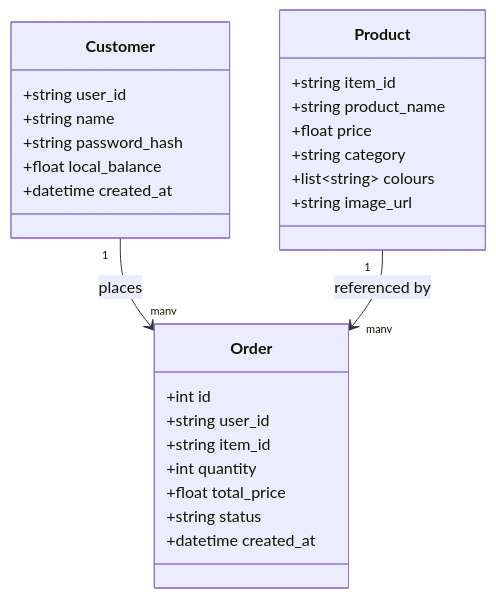
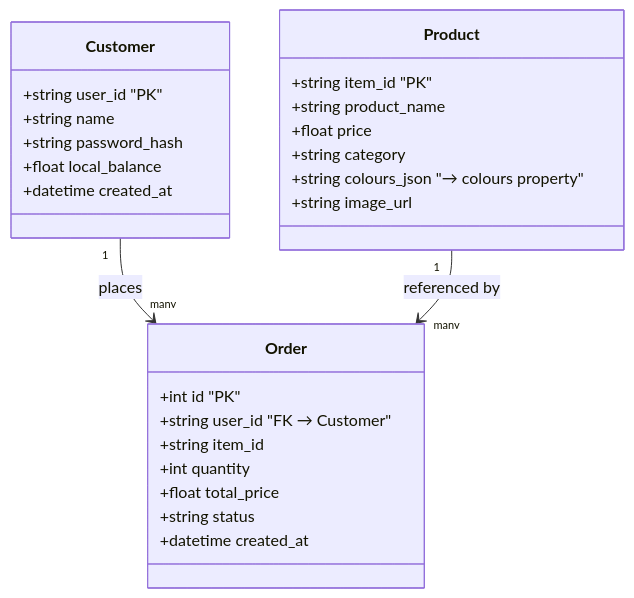
The first of 2 diagrams in architecture.md (wilson21st/furniture-buyer-app), drawn with Mermaid before and after one commit. The commit also changed other lines of this file and 43 other files, not shown here.

````diff
--- a/architecture.md
+++ b/architecture.md
@@ -15,29 +18,29 @@
 ```mermaid
 classDiagram
     class Customer {
-        +string user_id
+        +string user_id  "PK"
         +string name
         +string password_hash
         +float local_balance
         +datetime created_at
     }
     class Product {
-        +string item_id
+        +string item_id  "PK"
         +string product_name
         +float price
         +string category
-        +list~string~ colours
+        +string colours_json  "→ colours property"
         +string image_url
     }
     class Order {
-        +int id
-        +string user_id
+        +int id  "PK"
+        +string user_id  "FK → Customer"
         +string item_id
         +int quantity
         +float total_price
         +string status
         +datetime created_at
     }
     Customer "1" --> "many" Order : places
     Product "1" --> "many" Order : referenced by
 ```
````
